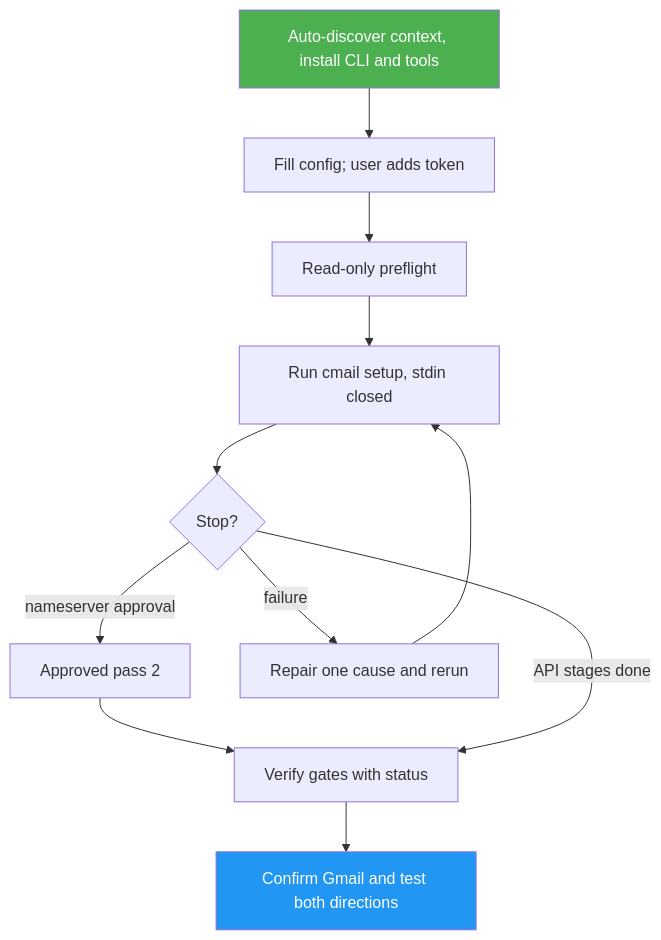
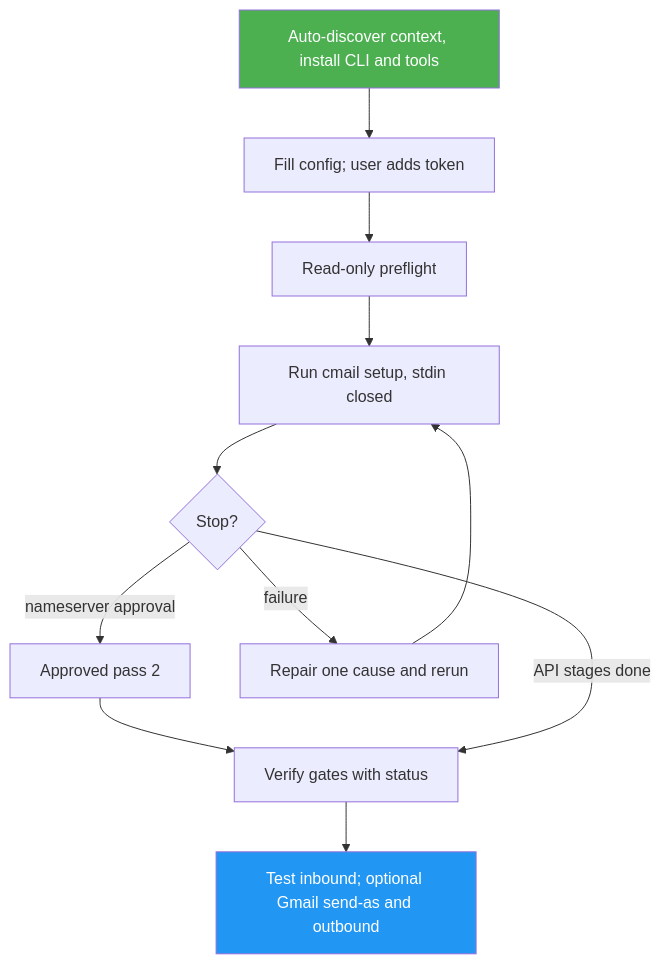
One commit to luongnv89/cmail changed the diagram in .agents/skills/cmail-setup/docs/README.md. Above: the diagram before and after it, drawn with Mermaid. The commit also changed other lines of this file and 28 other files, not shown here.

First line of the commit message:
feat(cli): receive-only setup by default; make Gmail send-as optional

````diff
--- a/.agents/skills/cmail-setup/docs/README.md
+++ b/.agents/skills/cmail-setup/docs/README.md
@@ -34,15 +37,15 @@
 ```mermaid
 graph TD
     A[Auto-discover context, install CLI and tools] --> B[Fill config; user adds token]
     B --> C[Read-only preflight]
     C --> D[Run cmail setup, stdin closed]
     D --> G{Stop?}
     G -->|nameserver approval| H[Approved pass 2]
     H --> I
     G -->|failure| F[Repair one cause and rerun]
     F --> D
     G -->|API stages done| I[Verify gates with status]
-    I --> E[Confirm Gmail and test both directions]
+    I --> E[Test inbound; optional Gmail send-as and outbound]
     style A fill:#4CAF50,color:#fff
     style E fill:#2196F3,color:#fff
 ```
````
